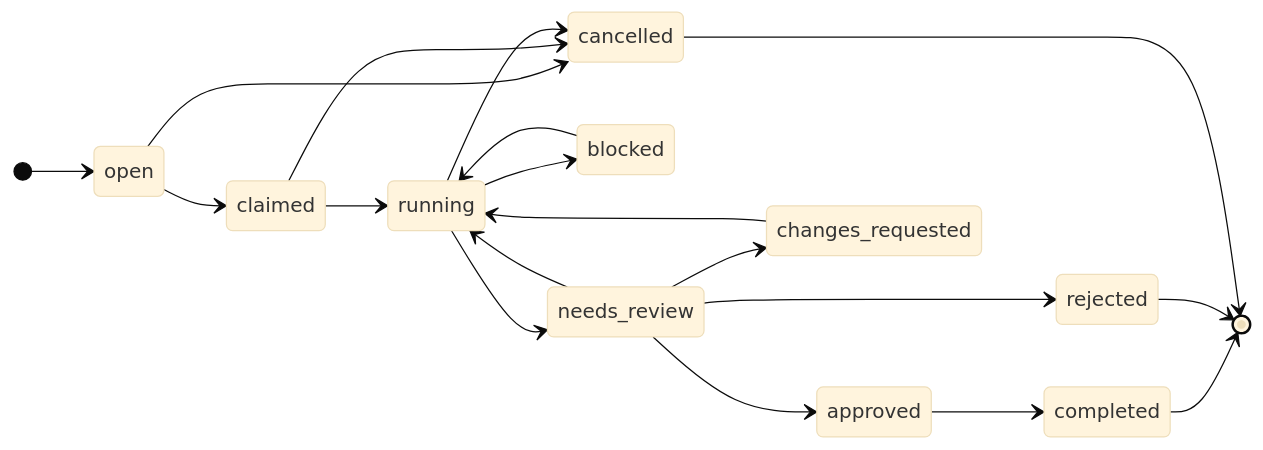
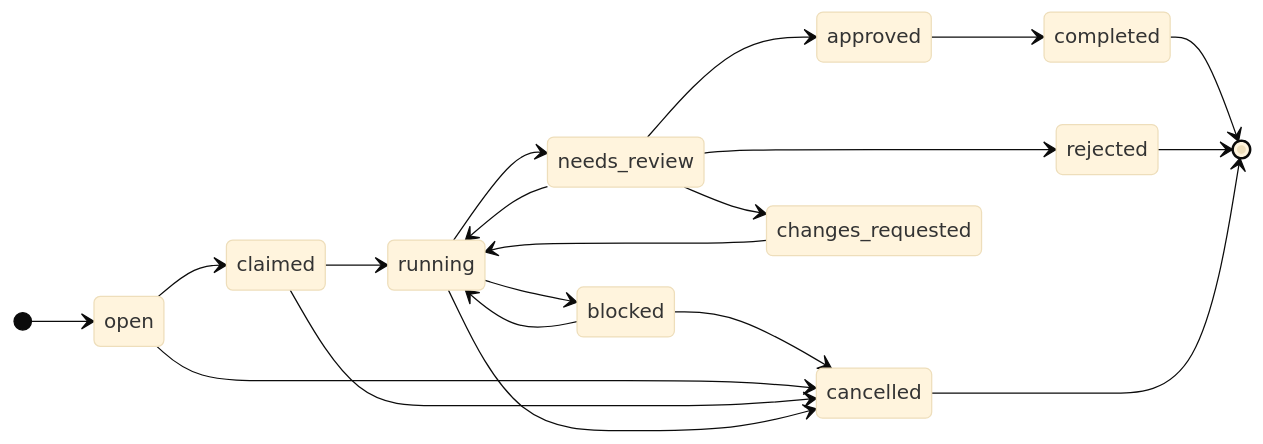
Before and after one commit to chrismichaelps/acp: the diagram in ACP-SKILL.md, drawn with Mermaid (base theme). The commit also changed other lines of this file and 6 other files, not shown here.

````diff
--- a/ACP-SKILL.md
+++ b/ACP-SKILL.md
@@ -111,22 +111,23 @@
 ```mermaid
 stateDiagram-v2
     direction LR
     [*] --> open
     open --> claimed
     claimed --> running
     running --> needs_review
     running --> blocked
     blocked --> running
+    blocked --> cancelled
     needs_review --> approved
     needs_review --> changes_requested
     needs_review --> running
     changes_requested --> running
     approved --> completed
     needs_review --> rejected
     open --> cancelled
     claimed --> cancelled
     running --> cancelled
     completed --> [*]
     rejected --> [*]
     cancelled --> [*]
 ```
````
